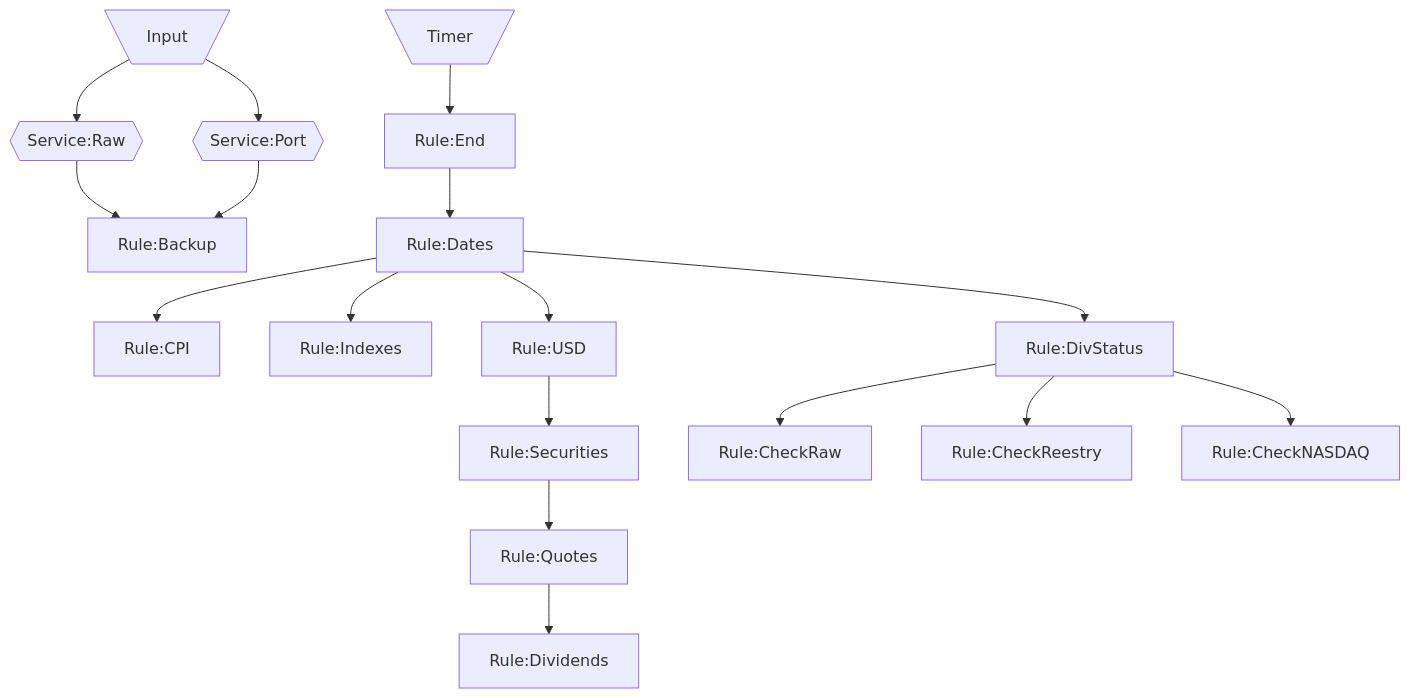
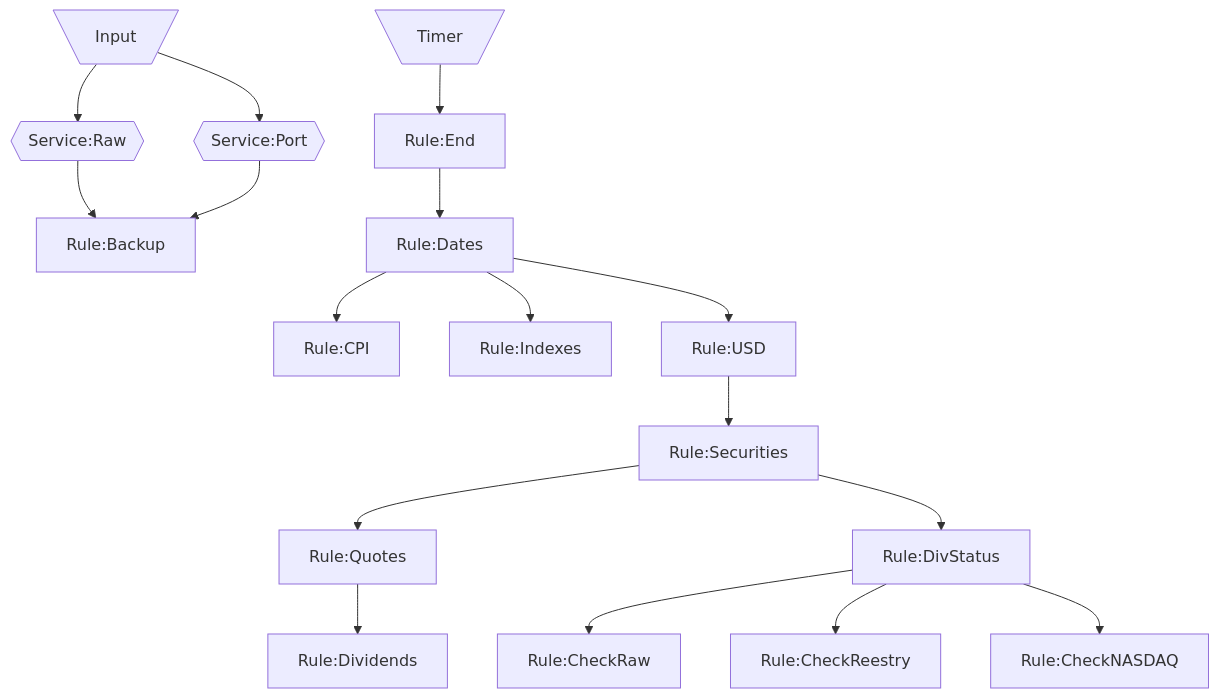
The diagram in data/README.md (WLM1ke/poptimizer), drawn with Mermaid before and after one commit. The commit also changed 1 other file, not shown here.

Commit message:
fix: статус дивидендов обновляется после списка акций
При первом скачивании необходимые данные для проверки статуса могли
отсутствовать

````diff
--- a/data/README.md
+++ b/data/README.md
@@ -24,23 +24,23 @@
 ```mermaid
 flowchart
     Input[\Input/]-->Service:Raw{{Service:Raw}}
     Input[\Input/]-->Service:Port{{Service:Port}}
     Service:Raw-->Rule:Backup
     Service:Port-->Rule:Backup
     
     Timer[\Timer/]-->Rule:End
     Rule:End-->Rule:Dates
     
     Rule:Dates-->Rule:CPI
     Rule:Dates-->Rule:Indexes
     Rule:Dates-->Rule:USD
-	Rule:Dates-->Rule:DivStatus
 
 	Rule:USD-->Rule:Securities
     Rule:Securities-->Rule:Quotes
 	Rule:Quotes-->Rule:Dividends
+	Rule:Securities-->Rule:DivStatus
     
     Rule:DivStatus-->Rule:CheckRaw
     Rule:DivStatus-->Rule:CheckReestry
     Rule:DivStatus-->Rule:CheckNASDAQ
 ```
````
